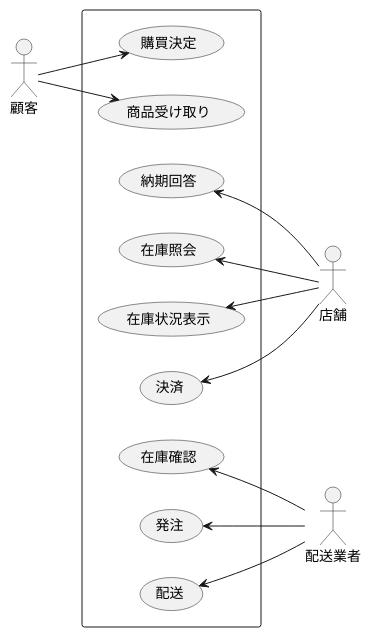
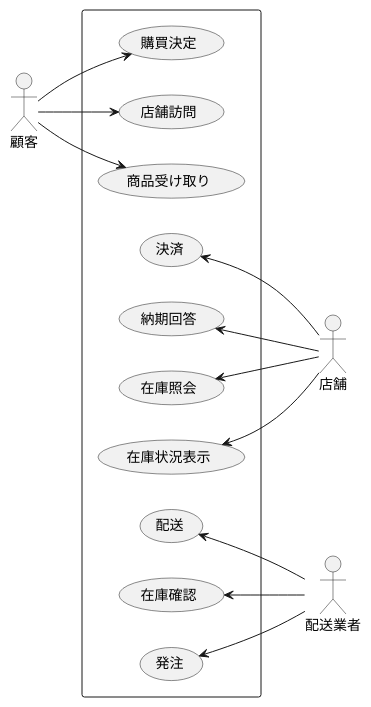
The seventh of 13 diagrams in docs/business_architecture.adoc (k2works/case-sutudy-business-analysis), drawn with PlantUML before and after one commit. The commit also changed other lines of this file, not shown here.

```diff
--- a/docs/business_architecture.adoc
+++ b/docs/business_architecture.adoc
@@ -297,33 +297,35 @@
 [plantuml]
 ----
 @startuml
 left to right direction
 actor 顧客
 actor 配送業者
 actor 店舗
 
 rectangle {
+usecase "店舗訪問" as 店舗訪問
 usecase "商品受け取り" as 商品受け取り
 usecase "購買決定" as 購買決定
 usecase "在庫照会" as 在庫照会
 usecase "在庫確認" as 在庫確認
 usecase "在庫状況表示" as 在庫状況表示
 usecase "決済" as 決済
 usecase "発注" as 発注
 usecase "納期回答" as 納期回答
 usecase "配送" as 配送
 }
 
+顧客 --> 店舗訪問
 顧客 --> 購買決定
 顧客 --> 商品受け取り
 
 在庫照会 <-- 店舗
 在庫状況表示 <-- 店舗
 決済 <-- 店舗
 納期回答 <-- 店舗
 
 在庫確認 <-- 配送業者
 発注 <-- 配送業者
 配送 <-- 配送業者
 @enduml
 ----
```
